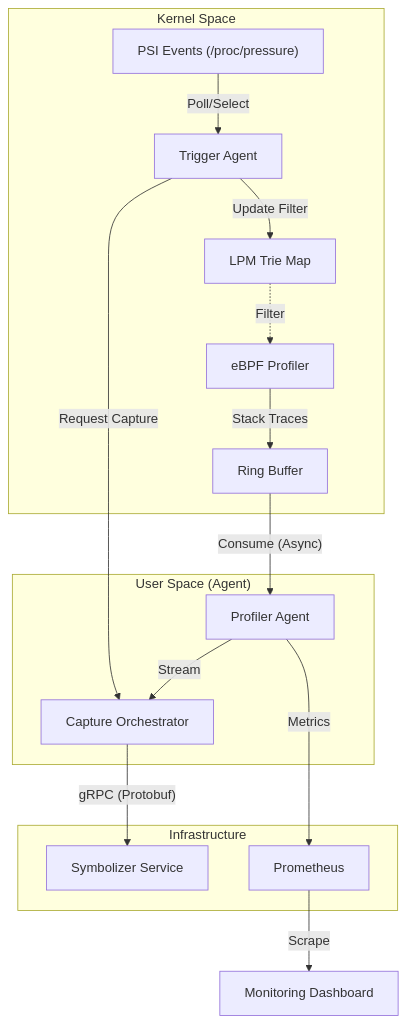
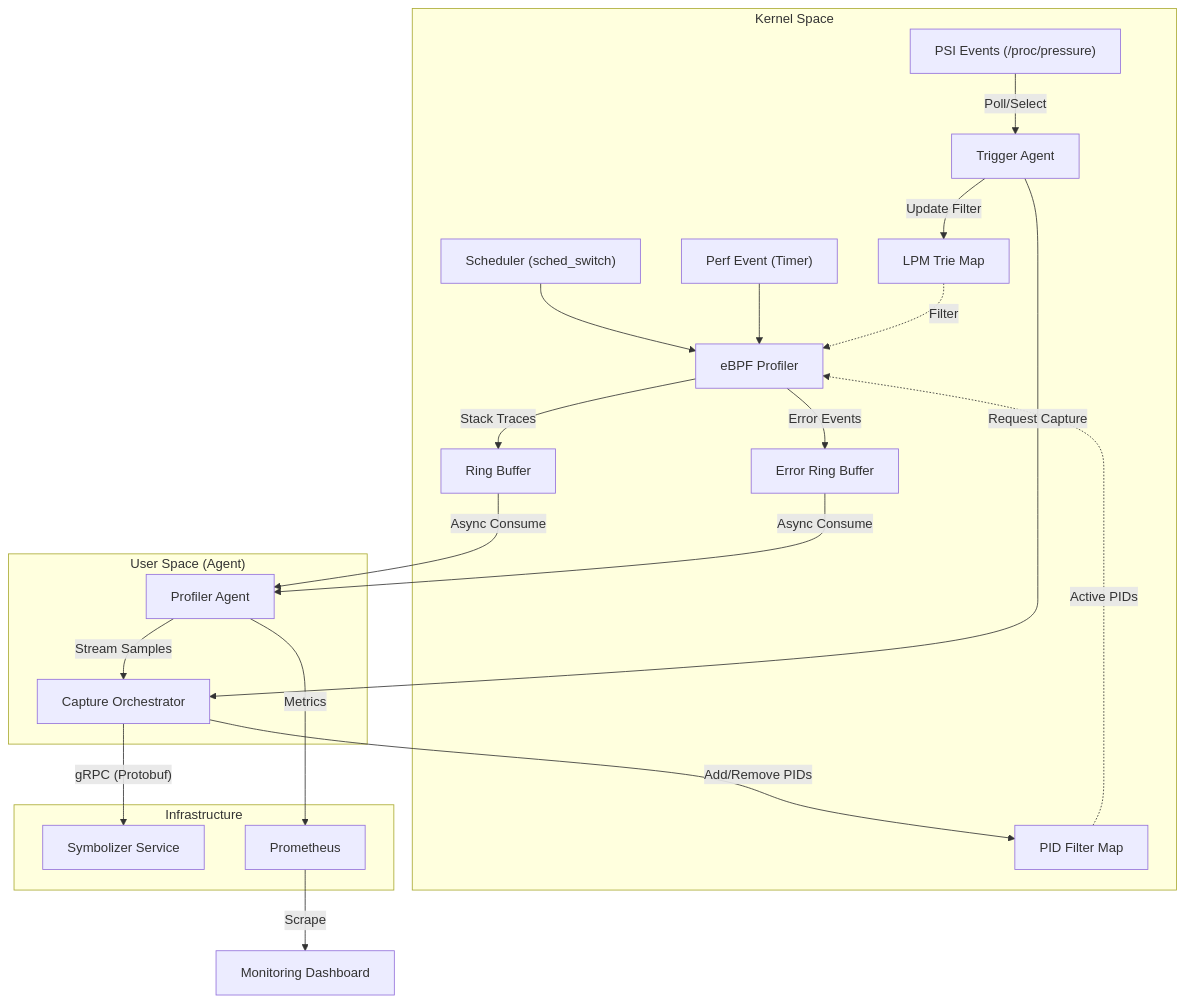
The diagram in docs/index.qmd (sugarraysam/bistouri), drawn with Mermaid before and after one commit. The commit also changed other lines of this file and 4 other files, not shown here.

````diff
--- a/docs/index.qmd
+++ b/docs/index.qmd
@@ -36,22 +36,28 @@
 ```{mermaid}
 graph TD
     subgraph "Kernel Space"
         PSI["PSI Events (/proc/pressure)"] -->|"Poll/Select"| UA["Trigger Agent"]
+        SCHED["Scheduler (sched_switch)"] --> BPF_PROG
+        PERF["Perf Event (Timer)"] --> BPF_PROG
         BPF_PROG["eBPF Profiler"] -->|"Stack Traces"| RB["Ring Buffer"]
+        BPF_PROG -->|"Error Events"| ERR_RB["Error Ring Buffer"]
         LPM["LPM Trie Map"] -.->|"Filter"| BPF_PROG
+        PIDF["PID Filter Map"] -.->|"Active PIDs"| BPF_PROG
     end
 
     subgraph "User Space (Agent)"
         UA -->|"Update Filter"| LPM
-        RB -->|"Consume (Async)"| PA["Profiler Agent"]
-        PA -->|"Stream"| CO["Capture Orchestrator"]
+        RB -->|"Async Consume"| PA["Profiler Agent"]
+        ERR_RB -->|"Async Consume"| PA
+        PA -->|"Stream Samples"| CO["Capture Orchestrator"]
         UA -->|"Request Capture"| CO
+        CO -->|"Add/Remove PIDs"| PIDF
     end
 
     subgraph "Infrastructure"
         CO -->|"gRPC (Protobuf)"| SYM["Symbolizer Service"]
         PA -->|"Metrics"| MET["Prometheus"]
     end
 
     MET -->|"Scrape"| External["Monitoring Dashboard"]
 ```
````
